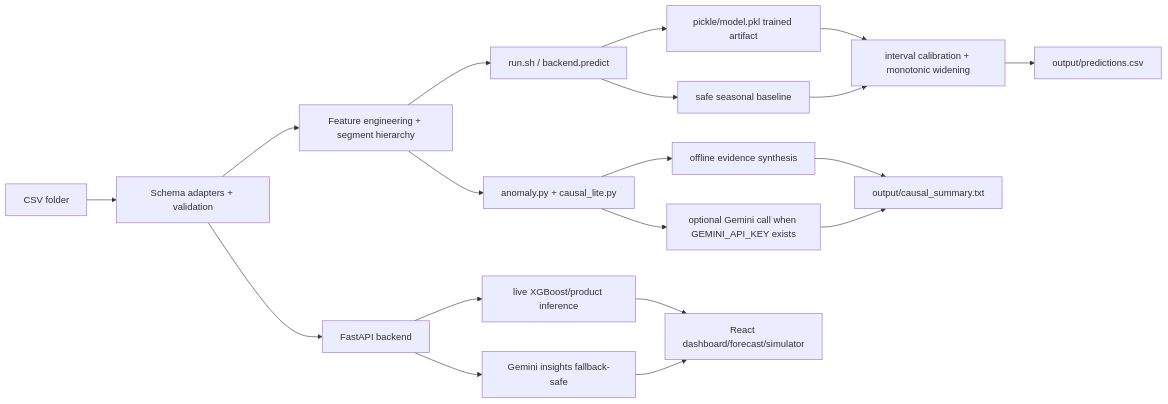
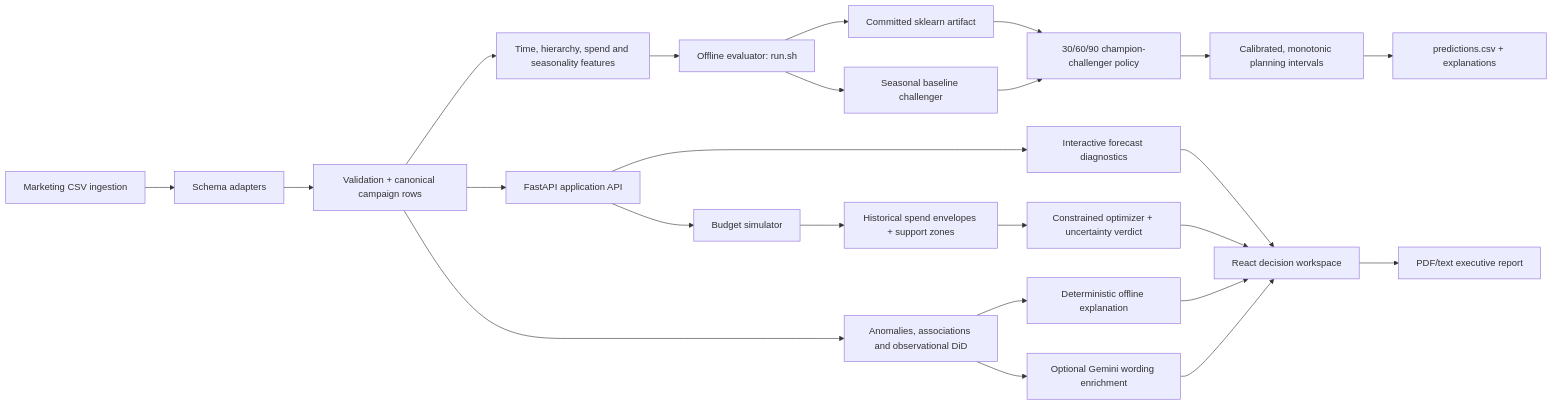
Before and after one commit to VINAY-KUMAR-PY/ignite-forecast-iq: the diagram in ARCHITECTURE.md, drawn with Mermaid. The commit also changed other lines of this file and 8 other files, not shown here.

Commit message:
docs: align architecture model policy and judge guide

````diff
--- a/ARCHITECTURE.md
+++ b/ARCHITECTURE.md
@@ -9,22 +9,27 @@
 ```mermaid
 flowchart LR
-  CSV["CSV folder"] --> Adapter["Schema adapters + validation"]
-  Adapter --> Features["Feature engineering + segment hierarchy"]
-  Features --> Evaluator["run.sh / backend.predict"]
-  Evaluator --> Model["pickle/model.pkl trained artifact"]
-  Evaluator --> Baseline["safe seasonal baseline"]
-  Model --> Intervals["interval calibration + monotonic widening"]
-  Baseline --> Intervals
-  Intervals --> Predictions["output/predictions.csv"]
-  Features --> Causal["anomaly.py + causal_lite.py"]
-  Causal --> OfflineAI["offline evidence synthesis"]
-  Causal --> LiveAI["optional Gemini call when GEMINI_API_KEY exists"]
-  OfflineAI --> Summary["output/causal_summary.txt"]
-  LiveAI --> Summary
+  CSV["Marketing CSV ingestion"] --> Adapter["Schema adapters"]
+  Adapter --> Validate["Validation + canonical campaign rows"]
+  Validate --> Features["Time, hierarchy, spend and seasonality features"]
+  Features --> Evaluator["Offline evaluator: run.sh"]
+  Evaluator --> Artifact["Committed sklearn artifact"]
+  Evaluator --> Challenger["Seasonal baseline challenger"]
+  Artifact --> Selection["30/60/90 champion-challenger policy"]
+  Challenger --> Selection
+  Selection --> Intervals["Calibrated, monotonic planning intervals"]
+  Intervals --> Predictions["predictions.csv + explanations"]
 
-  Adapter --> API["FastAPI backend"]
-  API --> XGB["live XGBoost/product inference"]
-  API --> Gemini["Gemini insights fallback-safe"]
-  XGB --> UI["React dashboard/forecast/simulator"]
+  Validate --> API["FastAPI application API"]
+  API --> Forecast["Interactive forecast diagnostics"]
+  API --> Simulator["Budget simulator"]
+  Simulator --> Zones["Historical spend envelopes + support zones"]
+  Zones --> Optimizer["Constrained optimizer + uncertainty verdict"]
+  Validate --> Evidence["Anomalies, associations and observational DiD"]
+  Evidence --> OfflineAI["Deterministic offline explanation"]
+  Evidence --> Gemini["Optional Gemini wording enrichment"]
+  Forecast --> UI["React decision workspace"]
+  Optimizer --> UI
+  OfflineAI --> UI
   Gemini --> UI
+  UI --> Reports["PDF/text executive report"]
 ```
````
